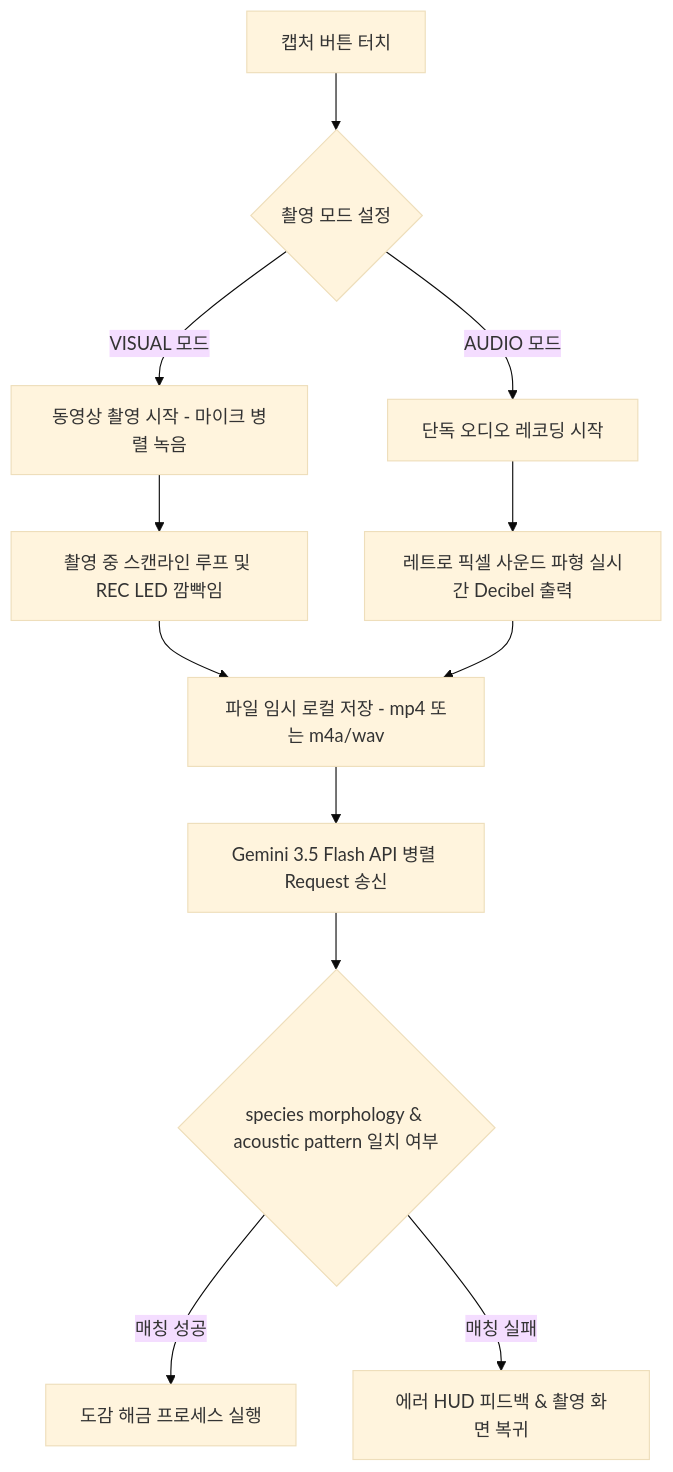
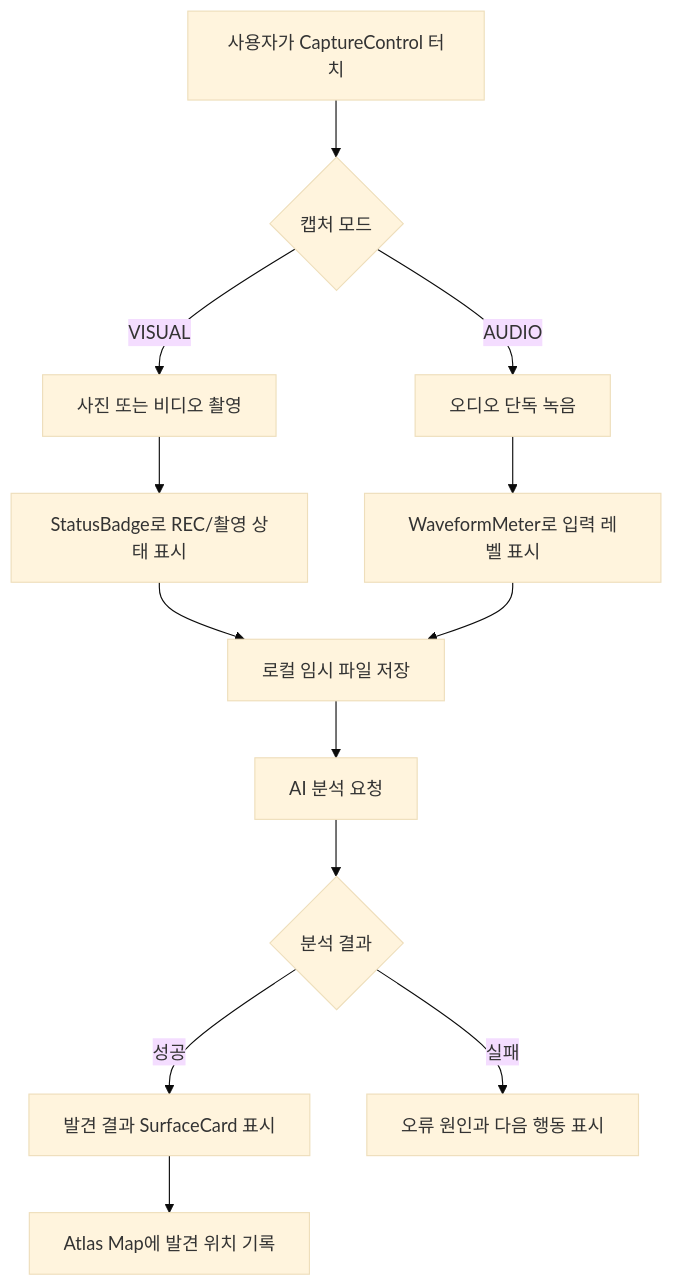
The first of 2 diagrams in docs/workflow.md (sanghoon3203/nurmor), drawn with Mermaid (base theme) before and after one commit. The commit also changed other lines of this file and 5 other files, not shown here.

````diff
--- a/docs/workflow.md
+++ b/docs/workflow.md
@@ -11,16 +7,18 @@
 ```mermaid
 graph TD
-    A[캡처 버튼 터치] --> B{촬영 모드 설정}
-    B -- VISUAL 모드 --> C1[동영상 촬영 시작 - 마이크 병렬 녹음]
-    B -- AUDIO 모드 --> C2[단독 오디오 레코딩 시작]
-    
-    C1 --> D1[촬영 중 스캔라인 루프 및 REC LED 깜빡임]
-    C2 --> D2[레트로 픽셀 사운드 파형 실시간 Decibel 출력]
-    
-    D1 & D2 --> E[파일 임시 로컬 저장 - mp4 또는 m4a/wav]
-    E --> F[Gemini 3.5 Flash API 병렬 Request 송신]
-    F --> G{species morphology & acoustic pattern 일치 여부}
-    
-    G -- 매칭 성공 --> H[도감 해금 프로세스 실행]
-    G -- 매칭 실패 --> I[에러 HUD 피드백 & 촬영 화면 복귀]
+    A[사용자가 CaptureControl 터치] --> B{캡처 모드}
+    B -- VISUAL --> C1[사진 또는 비디오 촬영]
+    B -- AUDIO --> C2[오디오 단독 녹음]
+
+    C1 --> D1[StatusBadge로 REC/촬영 상태 표시]
+    C2 --> D2[WaveformMeter로 입력 레벨 표시]
+
+    D1 --> E[로컬 임시 파일 저장]
+    D2 --> E
+    E --> F[AI 분석 요청]
+    F --> G{분석 결과}
+
+    G -- 성공 --> H[발견 결과 SurfaceCard 표시]
+    G -- 실패 --> I[오류 원인과 다음 행동 표시]
+    H --> J[Atlas Map에 발견 위치 기록]
 ```
````
